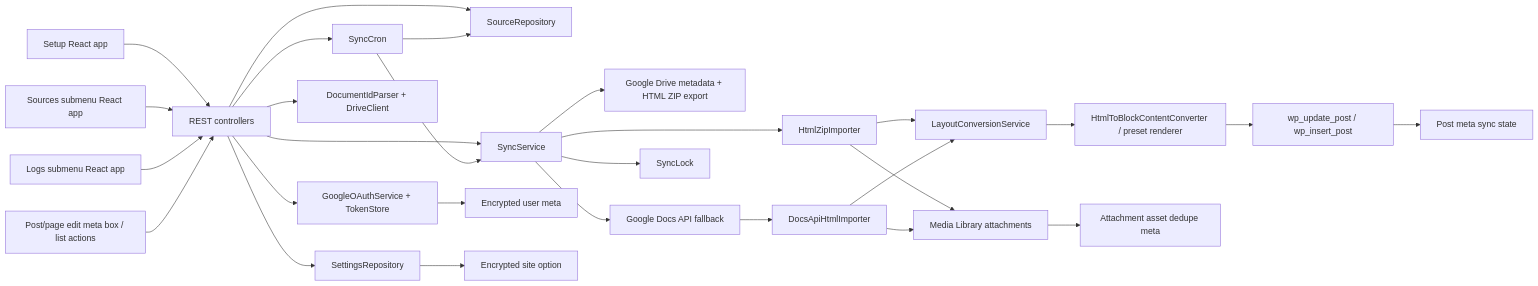
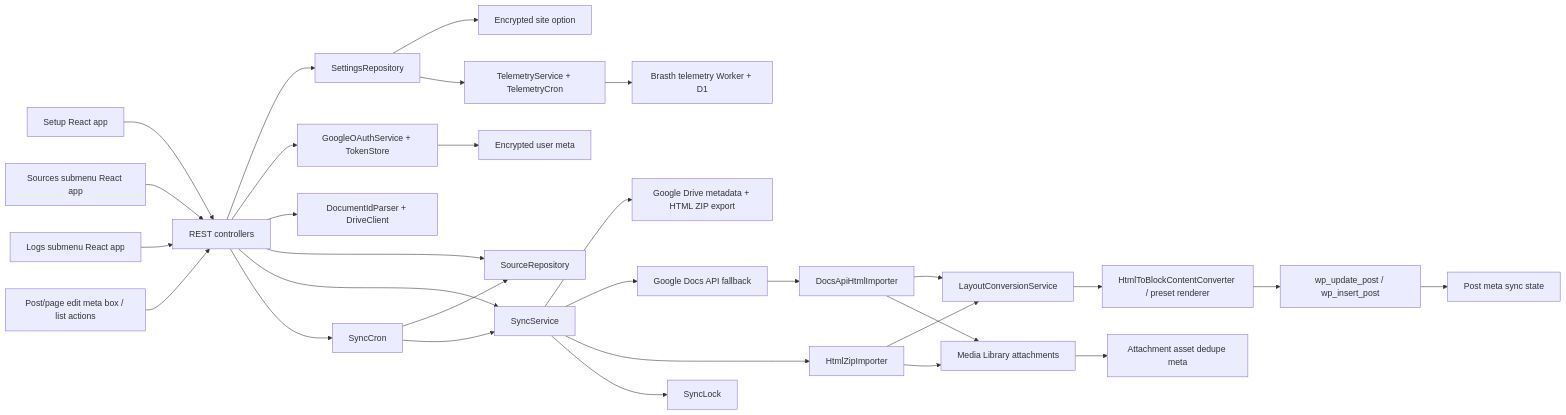
The first of 2 diagrams in docs/system-architecture.md (Brasth/DocSync-WP), drawn with Mermaid before and after one commit. The commit also changed other lines of this file and 34 other files, not shown here.

````diff
--- a/docs/system-architecture.md
+++ b/docs/system-architecture.md
@@ -19,30 +19,32 @@
 ```mermaid
 flowchart LR
   SetupApp["Setup React app"] --> REST["REST controllers"]
   SourcesApp["Sources submenu React app"] --> REST
   LogsApp["Logs submenu React app"] --> REST
   TargetUI["Post/page edit meta box / list actions"] --> REST
   REST --> Settings["SettingsRepository"]
   REST --> OAuth["GoogleOAuthService + TokenStore"]
   REST --> Docs["DocumentIdParser + DriveClient"]
   REST --> Sources["SourceRepository"]
   REST --> Sync["SyncService"]
   REST --> Cron["SyncCron"]
   Sync --> Drive["Google Drive metadata + HTML ZIP export"]
   Sync --> DocsAPI["Google Docs API fallback"]
   Sync --> Import["HtmlZipImporter"]
   DocsAPI --> FallbackImport["DocsApiHtmlImporter"]
   Import --> Layouts["LayoutConversionService"]
   FallbackImport --> Layouts
   Layouts --> Blocks["HtmlToBlockContentConverter / preset renderer"]
   Sync --> Lock["SyncLock"]
   Import --> Media["Media Library attachments"]
   Blocks --> WP["wp_update_post / wp_insert_post"]
   WP --> Meta["Post meta sync state"]
   Media --> AttachmentMeta["Attachment asset dedupe meta"]
   FallbackImport --> Media
   OAuth --> Tokens["Encrypted user meta"]
   Settings --> Opts["Encrypted site option"]
   Cron --> Sources
   Cron --> Sync
+  Settings --> Telemetry["TelemetryService + TelemetryCron"]
+  Telemetry --> Worker["Brasth telemetry Worker + D1"]
 ```
````
